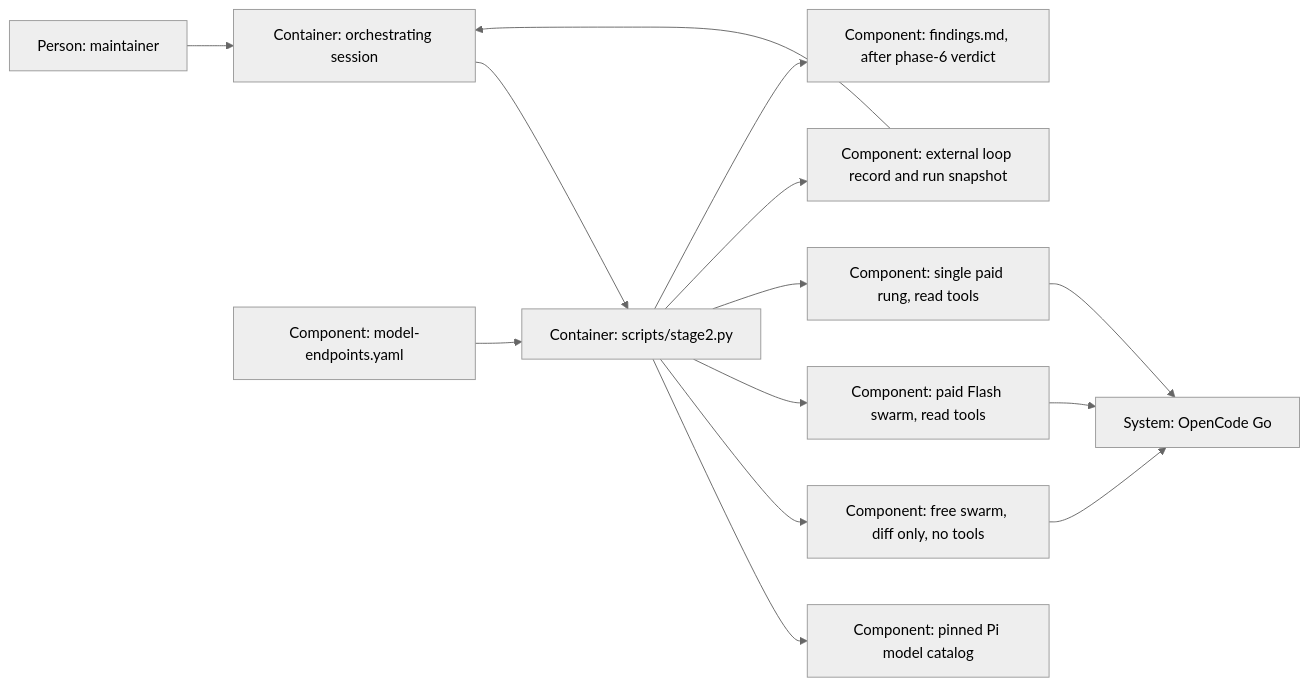
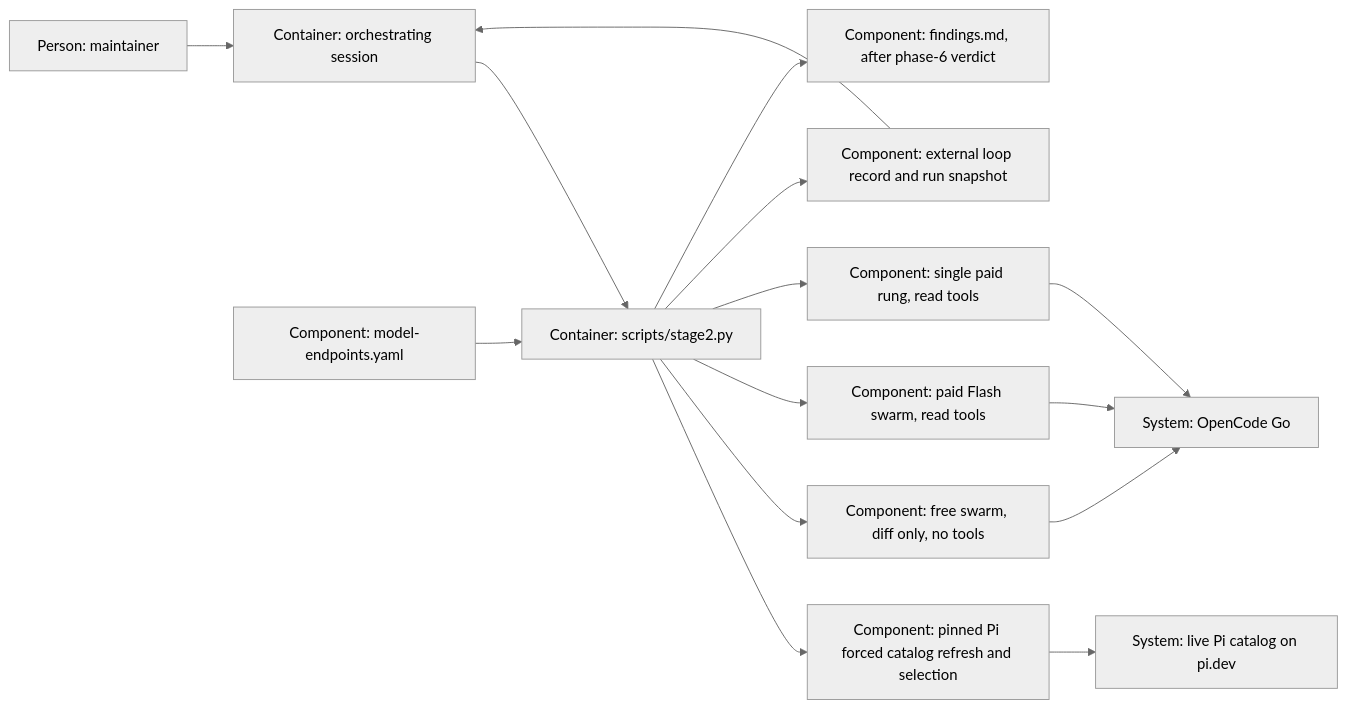
One commit to bicycle-brakes/monotrope changed the diagram in plans/changes/loop-until-clean/design.md. Above: the diagram before and after it, drawn with Mermaid (neutral theme). The commit also changed other lines of this file and 4 other files, not shown here.

````diff
--- a/plans/changes/loop-until-clean/design.md
+++ b/plans/changes/loop-until-clean/design.md
@@ -129,16 +144,17 @@
 ```mermaid
 flowchart LR
     person["Person: maintainer"] --> orch["Container: orchestrating session"]
     orch --> runner["Container: scripts/stage2.py"]
     config["Component: model-endpoints.yaml"] --> runner
-    runner --> catalog["Component: pinned Pi model catalog"]
+    runner --> catalog["Component: pinned Pi forced catalog refresh and selection"]
+    catalog --> remote["System: live Pi catalog on pi.dev"]
     runner --> free["Component: free swarm, diff only, no tools"]
     runner --> flash["Component: paid Flash swarm, read tools"]
     runner --> single["Component: single paid rung, read tools"]
     free --> go["System: OpenCode Go"]
     flash --> go
     single --> go
     runner --> record["Component: external loop record and run snapshot"]
     record --> orch
     runner --> findings["Component: findings.md, after phase-6 verdict"]
 ```
````
